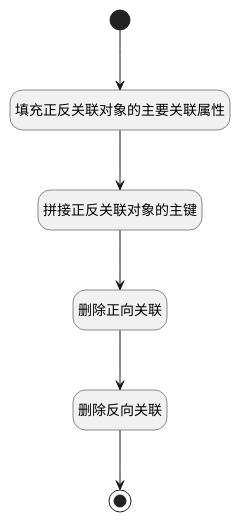
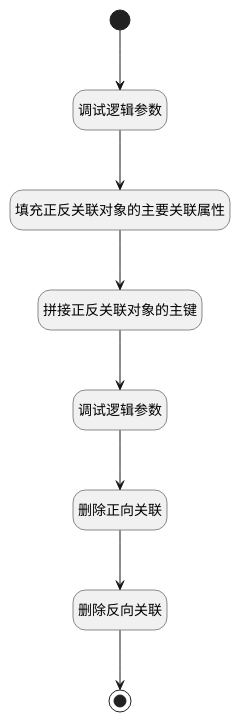
The diagram in doc/docsify/module/ProdMgmt/idea/logic/plan_delete_idea.md (iBizLab/plm), drawn with PlantUML before and after one commit. The commit also changed other lines of this file and 713 other files, not shown here.

````diff
--- a/doc/docsify/module/ProdMgmt/idea/logic/plan_delete_idea.md
+++ b/doc/docsify/module/ProdMgmt/idea/logic/plan_delete_idea.md
@@ -7,27 +7,31 @@
 ```plantuml
 @startuml
 hide empty description
 <style>
 root {
   HyperlinkColor #42b983
 }
 </style>
 
 hide empty description
 state "开始" as Begin <<start>> [[$./plan_delete_idea#begin {"开始"}]]
+state "调试逻辑参数" as DEBUGPARAM2  [[$./plan_delete_idea#debugparam2 {"调试逻辑参数"}]]
 state "填充正反关联对象的主要关联属性" as PREPAREPARAM1  [[$./plan_delete_idea#prepareparam1 {"填充正反关联对象的主要关联属性"}]]
 state "拼接正反关联对象的主键" as RAWSFCODE1  [[$./plan_delete_idea#rawsfcode1 {"拼接正反关联对象的主键"}]]
+state "调试逻辑参数" as DEBUGPARAM1  [[$./plan_delete_idea#debugparam1 {"调试逻辑参数"}]]
 state "删除正向关联" as DEACTION2  [[$./plan_delete_idea#deaction2 {"删除正向关联"}]]
 state "删除反向关联" as DEACTION3  [[$./plan_delete_idea#deaction3 {"删除反向关联"}]]
 state "结束" as END1 <<end>> [[$./plan_delete_idea#end1 {"结束"}]]
 
 
-Begin --> PREPAREPARAM1
+Begin --> DEBUGPARAM2
+DEBUGPARAM2 --> PREPAREPARAM1
 PREPAREPARAM1 --> RAWSFCODE1
-RAWSFCODE1 --> DEACTION2
+RAWSFCODE1 --> DEBUGPARAM1
+DEBUGPARAM1 --> DEACTION2
 DEACTION2 --> DEACTION3
 DEACTION3 --> END1
 
 
 @enduml
 ```
````
